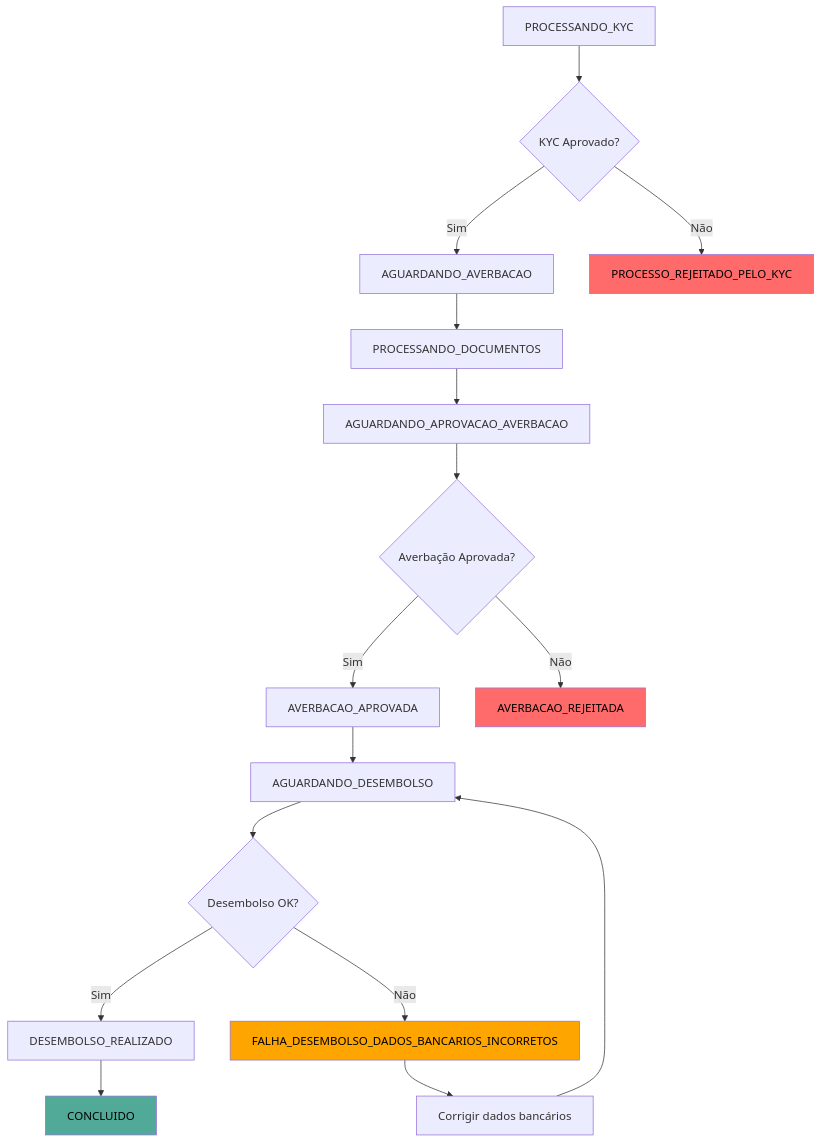
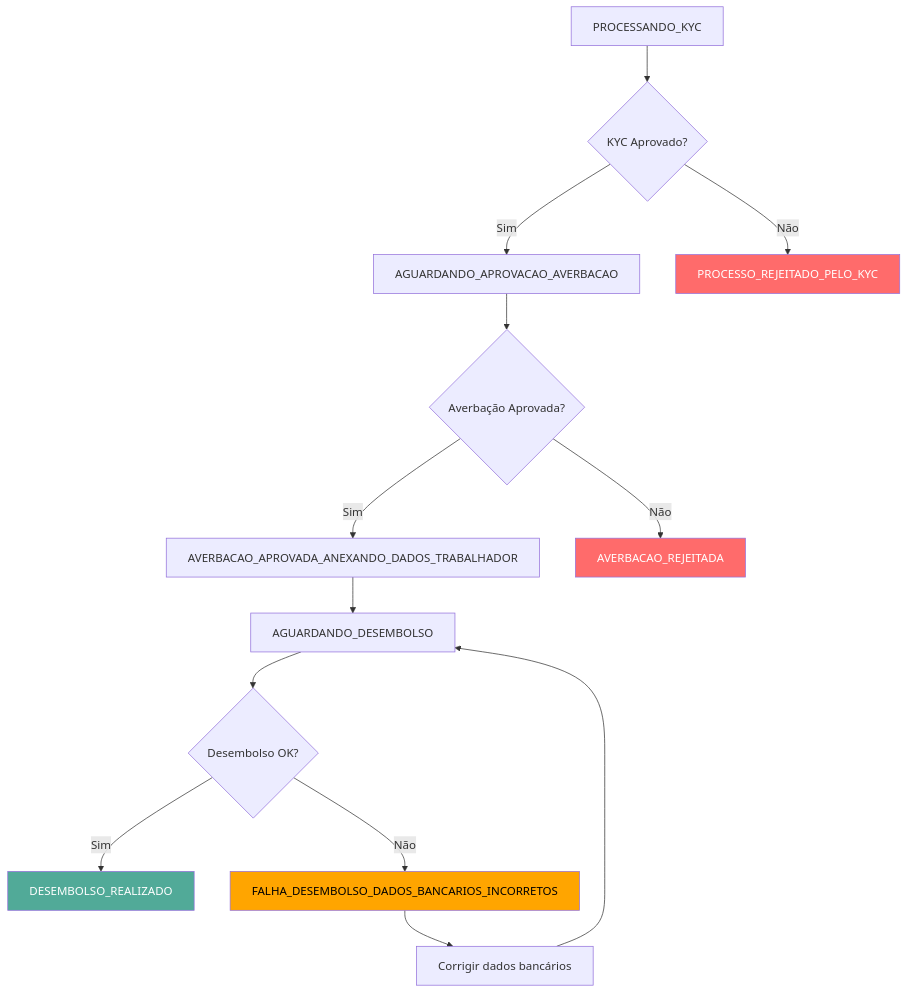
Before and after one commit to amandamussio/docs: the diagram in e-consignado/casos-de-uso/contratação-ativa/webhooks-e-eventos/03-evento-de-resultado-de-proposta.mdx, drawn with Mermaid. The commit also changed other lines of this file, not shown here.

````diff
--- a/e-consignado/casos-de-uso/contratação-ativa/webhooks-e-eventos/03-evento-de-resultado-de-proposta.mdx
+++ b/e-consignado/casos-de-uso/contratação-ativa/webhooks-e-eventos/03-evento-de-resultado-de-proposta.mdx
@@ -130,23 +136,23 @@
 ```mermaid
 graph TD
     A[PROCESSANDO_KYC] --> B{KYC Aprovado?}
-    B -->|Sim| C[AGUARDANDO_AVERBACAO]
+    B -->|Sim| C[AGUARDANDO_APROVACAO_AVERBACAO]
     B -->|Não| D[PROCESSO_REJEITADO_PELO_KYC]
-    C --> E[PROCESSANDO_DOCUMENTOS]
-    E --> F[AGUARDANDO_APROVACAO_AVERBACAO]
-    F --> G{Averbação Aprovada?}
-    G -->|Sim| H[AVERBACAO_APROVADA]
-    G -->|Não| I[AVERBACAO_REJEITADA]
-    H --> J[AGUARDANDO_DESEMBOLSO]
-    J --> K{Desembolso OK?}
-    K -->|Sim| L[DESEMBOLSO_REALIZADO]
-    K -->|Não| M[FALHA_DESEMBOLSO_DADOS_BANCARIOS_INCORRETOS]
-    M --> N[Corrigir dados bancários]
-    N --> J
-    L --> O[CONCLUIDO]
     
-    style D fill:#ff6b6b,color:#000
-    style I fill:#ff6b6b,color:#000
-    style M fill:#ffa500,color:#000
-    style O fill:#51aa98,color:#000
+    C --> E{Averbação Aprovada?}
+    E -->|Sim| F[AVERBACAO_APROVADA_ANEXANDO_DADOS_TRABALHADOR]
+    E -->|Não| G[AVERBACAO_REJEITADA]
+    
+    F --> H[AGUARDANDO_DESEMBOLSO]
+    H --> I{Desembolso OK?}
+    I -->|Sim| J[DESEMBOLSO_REALIZADO]
+    I -->|Não| K[FALHA_DESEMBOLSO_DADOS_BANCARIOS_INCORRETOS]
+    
+    K --> L[Corrigir dados bancários]
+    L --> H
+    
+    style D fill:#ff6b6b,color:#fff
+    style G fill:#ff6b6b,color:#fff
+    style K fill:#ffa500,color:#000
+    style J fill:#51aa98,color:#fff
 ```
````
